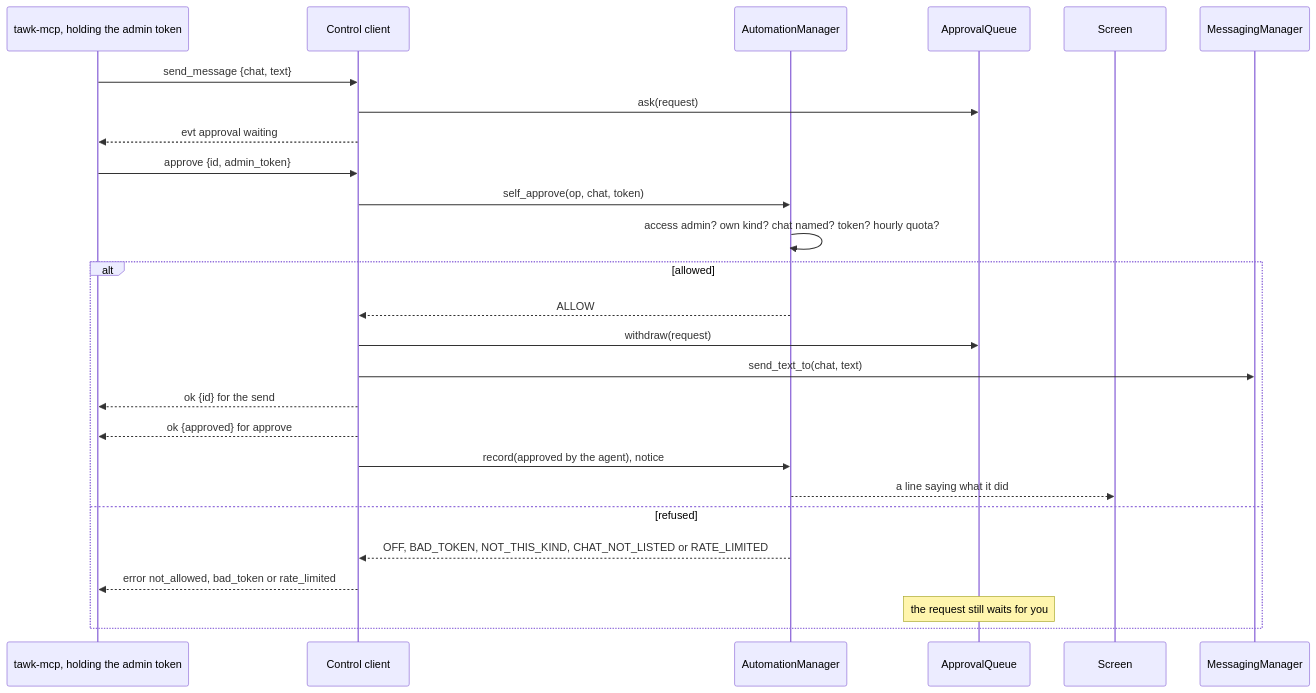
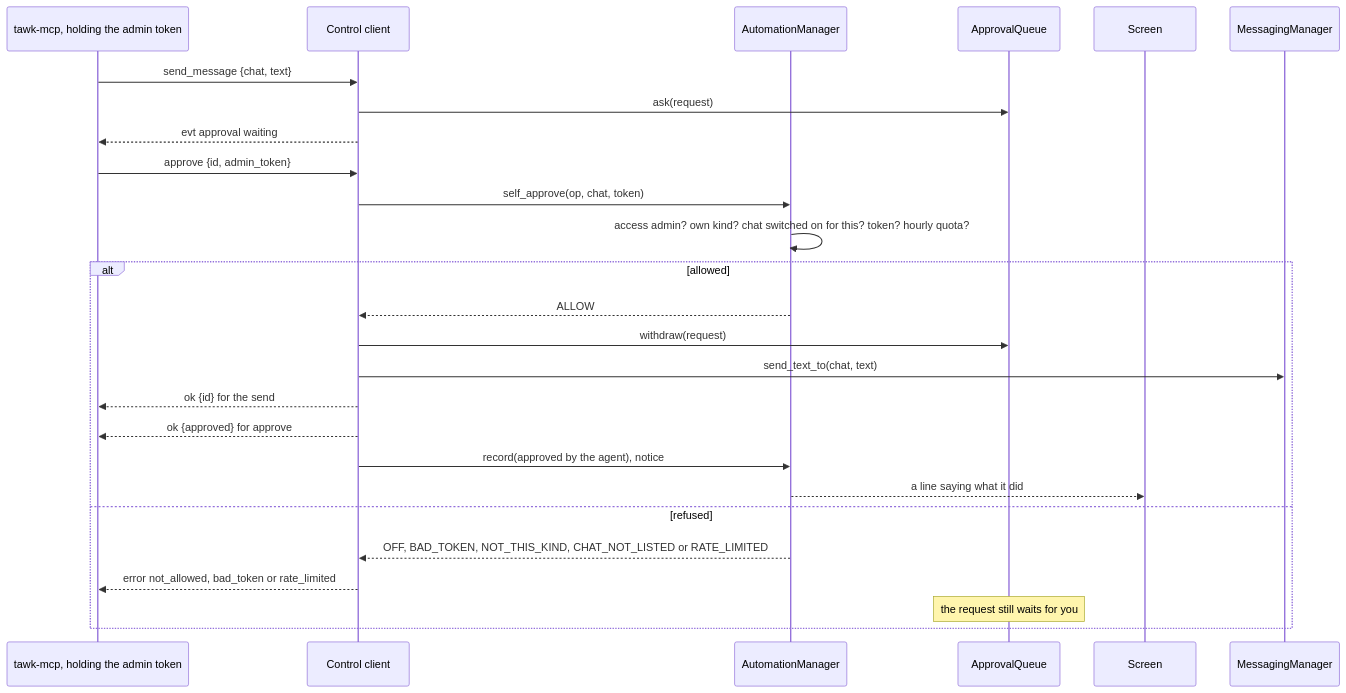
Diagram 22 of 22 in HOW_IT_WORKS.md (LeonFNortje/tawk), drawn with Mermaid before and after one commit. The commit also changed other lines of this file and 9 other files, not shown here.

````diff
--- a/HOW_IT_WORKS.md
+++ b/HOW_IT_WORKS.md
@@ -821,28 +823,28 @@
 ```mermaid
 sequenceDiagram
     participant A as tawk-mcp, holding the admin token
     participant C as Control client
     participant AM as AutomationManager
     participant Q as ApprovalQueue
     participant T as Screen
     participant M as MessagingManager
     A->>C: send_message {chat, text}
     C->>Q: ask(request)
     C-->>A: evt approval waiting
     A->>C: approve {id, admin_token}
     C->>AM: self_approve(op, chat, token)
-    AM->>AM: access admin? own kind? chat named? token? hourly quota?
+    AM->>AM: access admin? own kind? chat switched on for this? token? hourly quota?
     alt allowed
         AM-->>C: ALLOW
         C->>Q: withdraw(request)
         C->>M: send_text_to(chat, text)
         C-->>A: ok {id} for the send
         C-->>A: ok {approved} for approve
         C->>AM: record(approved by the agent), notice
         AM-->>T: a line saying what it did
     else refused
         AM-->>C: OFF, BAD_TOKEN, NOT_THIS_KIND, CHAT_NOT_LISTED or RATE_LIMITED
         C-->>A: error not_allowed, bad_token or rate_limited
         Note over Q: the request still waits for you
     end
 ```
````
